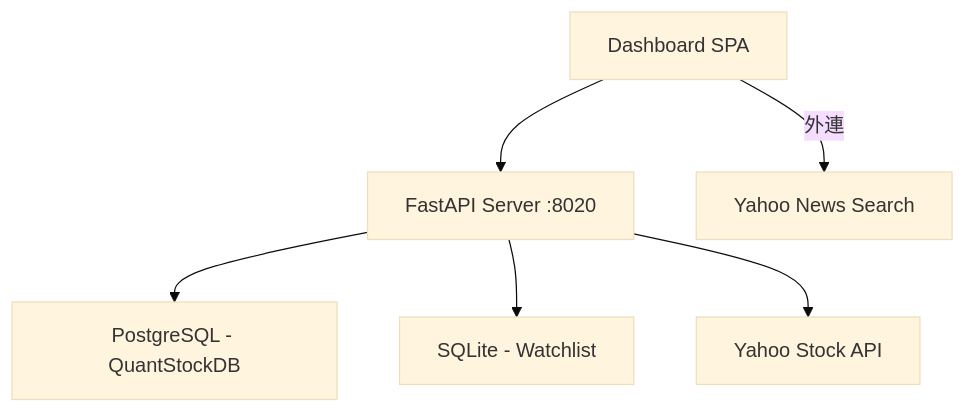
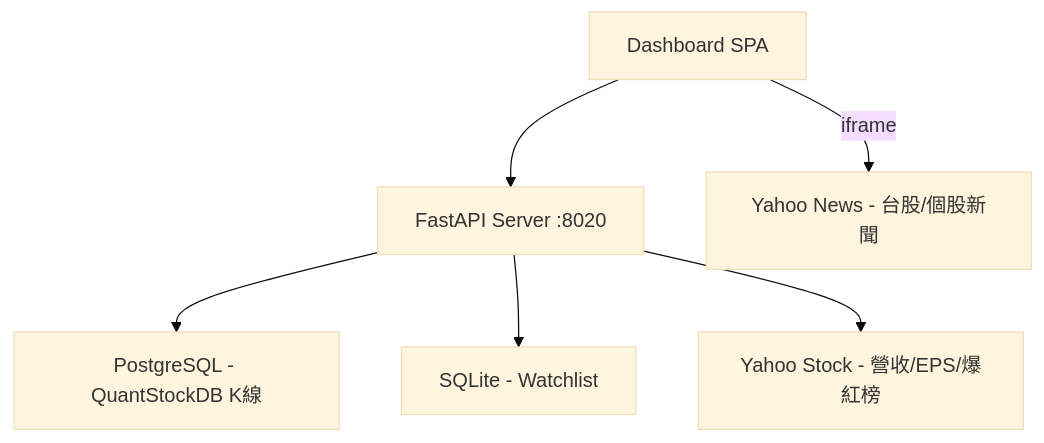
Before and after one commit to JiangAlex/ProTech-Stock-News-20260603: the diagram in docs/implementation-plan.md, drawn with Mermaid (base theme). The commit also changed other lines of this file, not shown here.

Commit message:
docs: update implementation-plan.md and README.md to reflect current architecture

````diff
--- a/docs/implementation-plan.md
+++ b/docs/implementation-plan.md
@@ -8,8 +8,8 @@
 ```mermaid
 graph TD
     A[Dashboard SPA] --> B[FastAPI Server :8020]
-    B --> C[PostgreSQL - QuantStockDB]
+    B --> C[PostgreSQL - QuantStockDB K線]
     B --> D[SQLite - Watchlist]
-    B --> E[Yahoo Stock API]
-    A -->|外連| F[Yahoo News Search]
+    B --> E[Yahoo Stock - 營收/EPS/爆紅榜]
+    A -->|iframe| F[Yahoo News - 台股/個股新聞]
 ```
````
